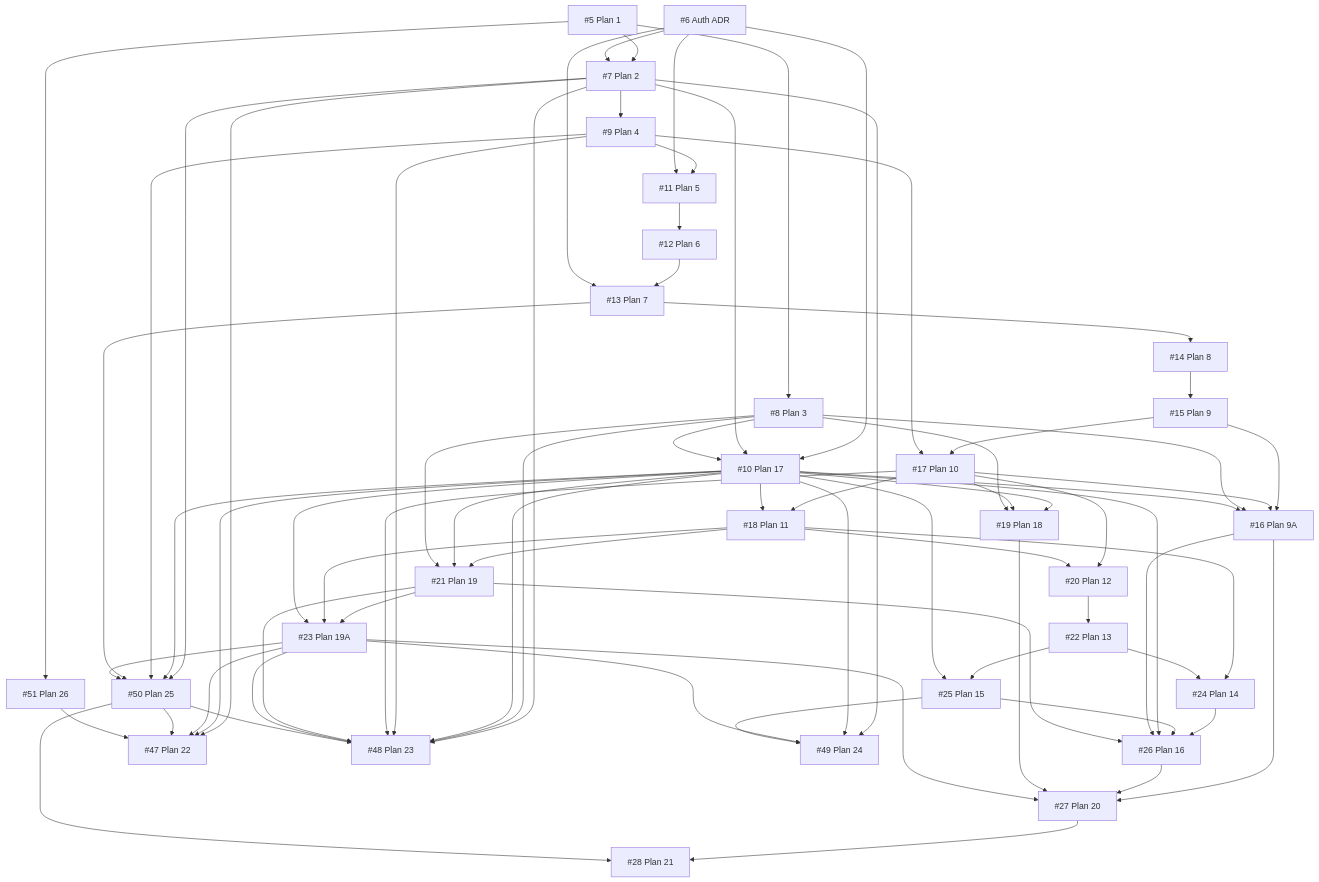
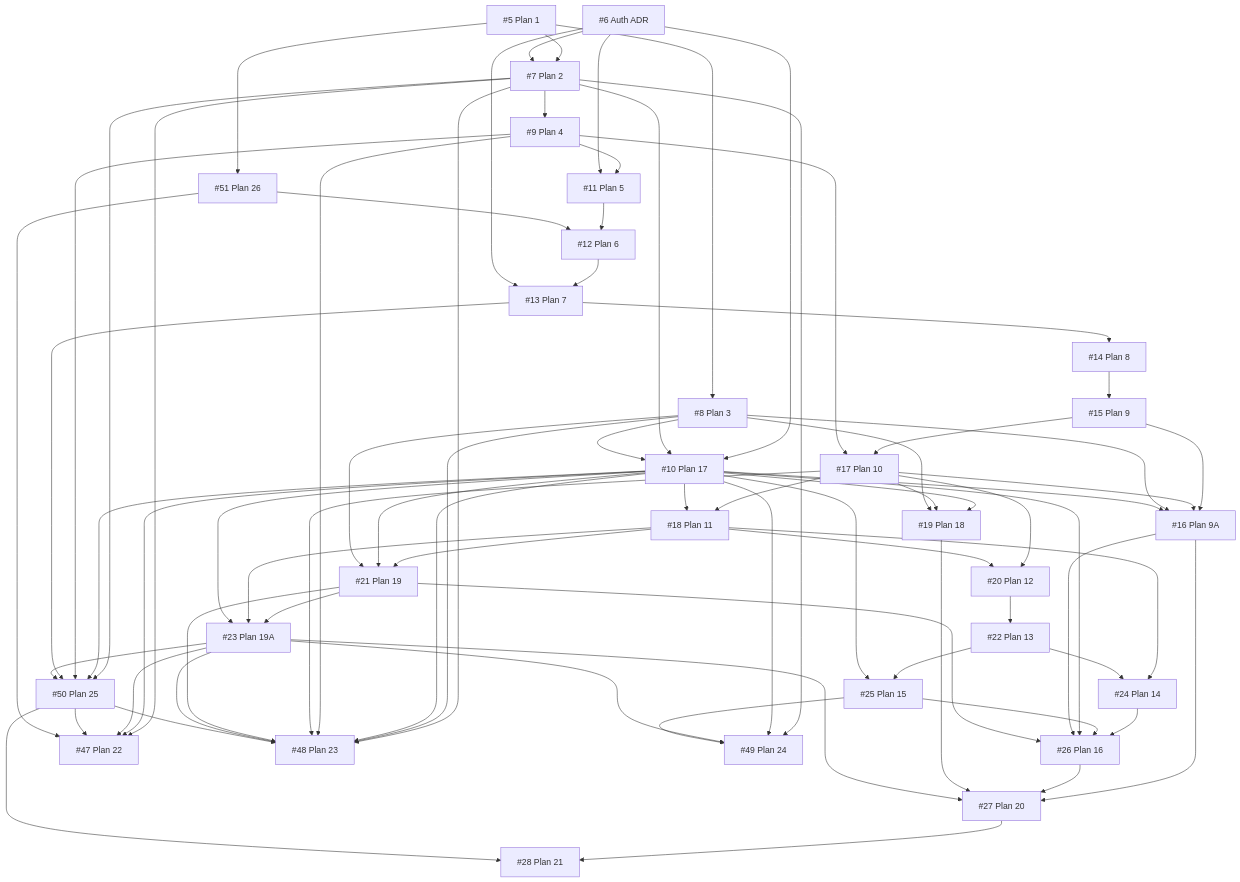
One commit to TomokiAkiyama06/server-sentinel changed the diagram in docs/INITIAL_ISSUES.md. Above: the diagram before and after it, drawn with Mermaid. The commit also changed other lines of this file, not shown here.

```diff
--- a/docs/INITIAL_ISSUES.md
+++ b/docs/INITIAL_ISSUES.md
@@ -100,6 +100,7 @@
   i9 --> i11
   i6 --> i11
   i11 --> i12
+  i51 --> i12
   i12 --> i13
   i6 --> i13
   i13 --> i14
```
